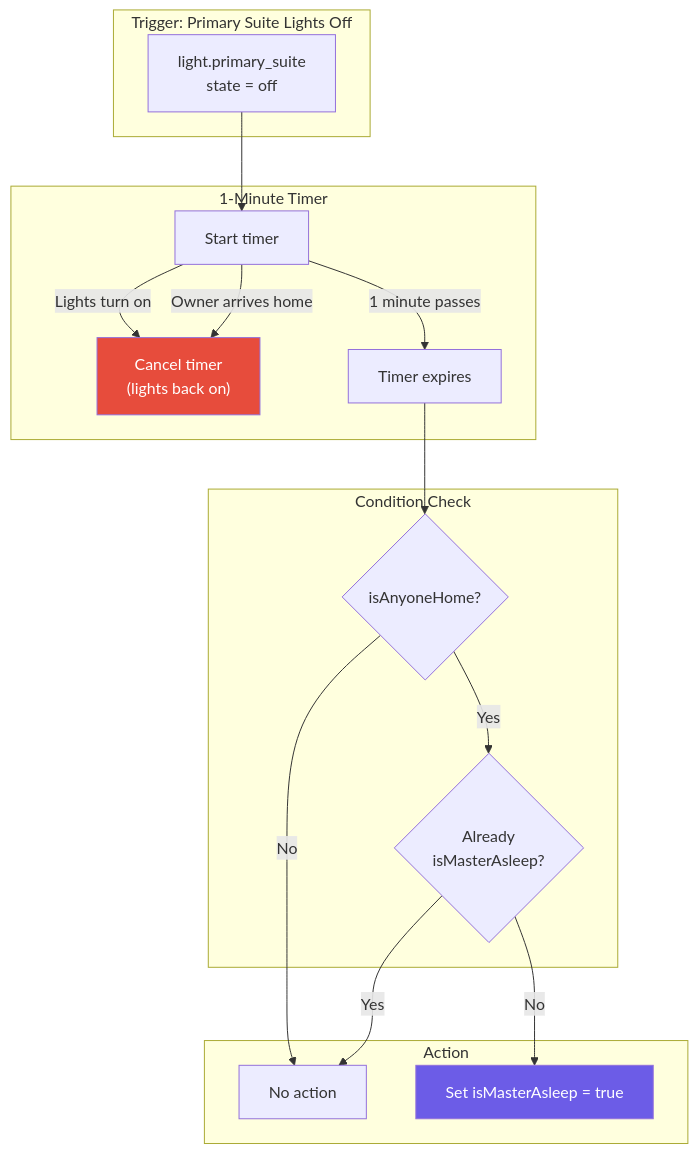
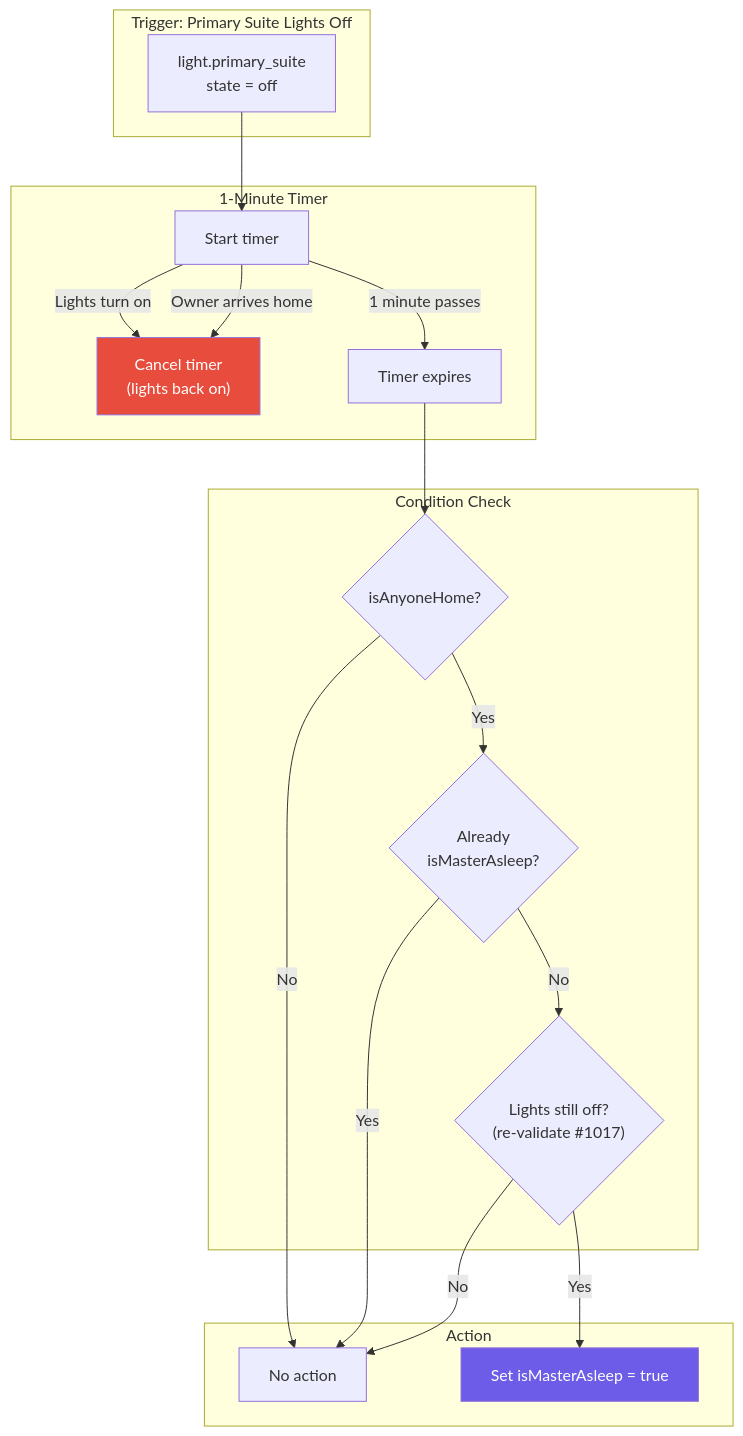
Before and after one commit to NickBorgers/home-automation: the second of 6 diagrams in docs/flows/STATE_TRACKING.md, drawn with Mermaid. The commit also changed other lines of this file, not shown here.

First line of the commit message:
docs: update STATE_TRACKING.md flow diagrams to reflect re-validation guards (#1017)

````diff
--- a/docs/flows/STATE_TRACKING.md
+++ b/docs/flows/STATE_TRACKING.md
@@ -62,35 +62,38 @@
 ```mermaid
 flowchart TD
     subgraph Trigger["Trigger: Primary Suite Lights Off"]
         lightsOff["light.primary_suite<br/>state = off"]
     end
 
     subgraph Timer["1-Minute Timer"]
         start["Start timer"]
         cancel["Cancel timer<br/>(lights back on)"]
         expire["Timer expires"]
     end
 
     subgraph Check["Condition Check"]
         checkHome{"isAnyoneHome?"}
         checkAsleep{"Already<br/>isMasterAsleep?"}
+        checkLights{"Lights still off?<br/>(re-validate #1017)"}
     end
 
     subgraph Action["Action"]
         setAsleep["Set isMasterAsleep = true"]
         skip["No action"]
     end
 
     lightsOff --> start
     start -->|Lights turn on| cancel
     start -->|Owner arrives home| cancel
     start -->|1 minute passes| expire
     expire --> checkHome
     checkHome -->|No| skip
     checkHome -->|Yes| checkAsleep
     checkAsleep -->|Yes| skip
-    checkAsleep -->|No| setAsleep
+    checkAsleep -->|No| checkLights
+    checkLights -->|No| skip
+    checkLights -->|Yes| setAsleep
 
     style setAsleep fill:#6c5ce7,color:#fff
     style cancel fill:#e74c3c,color:#fff
 ```
````
